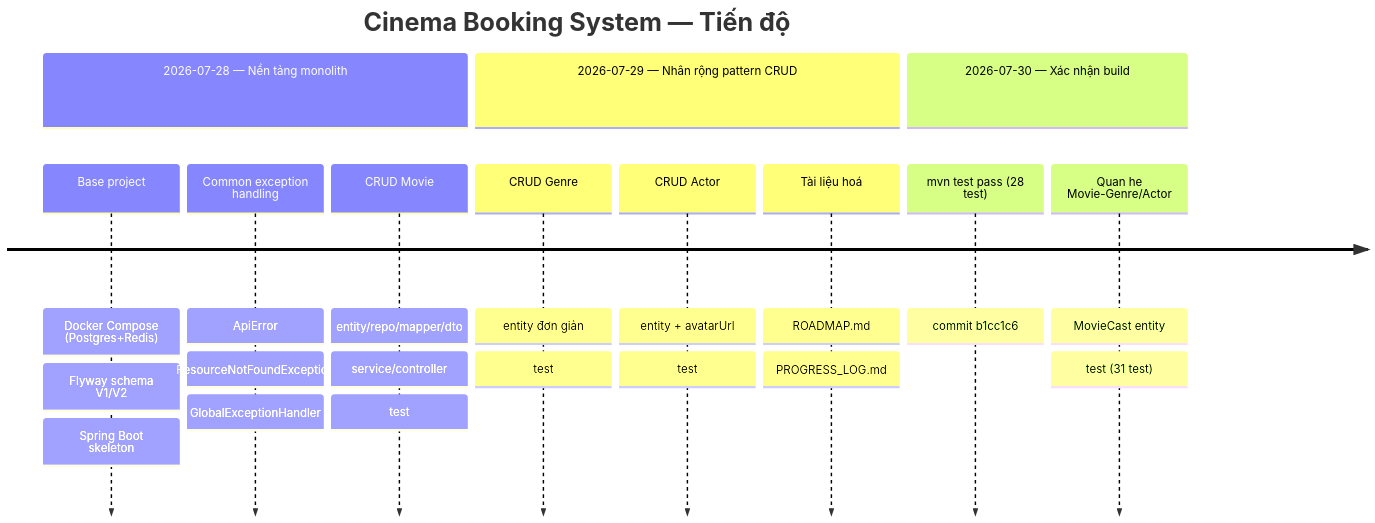
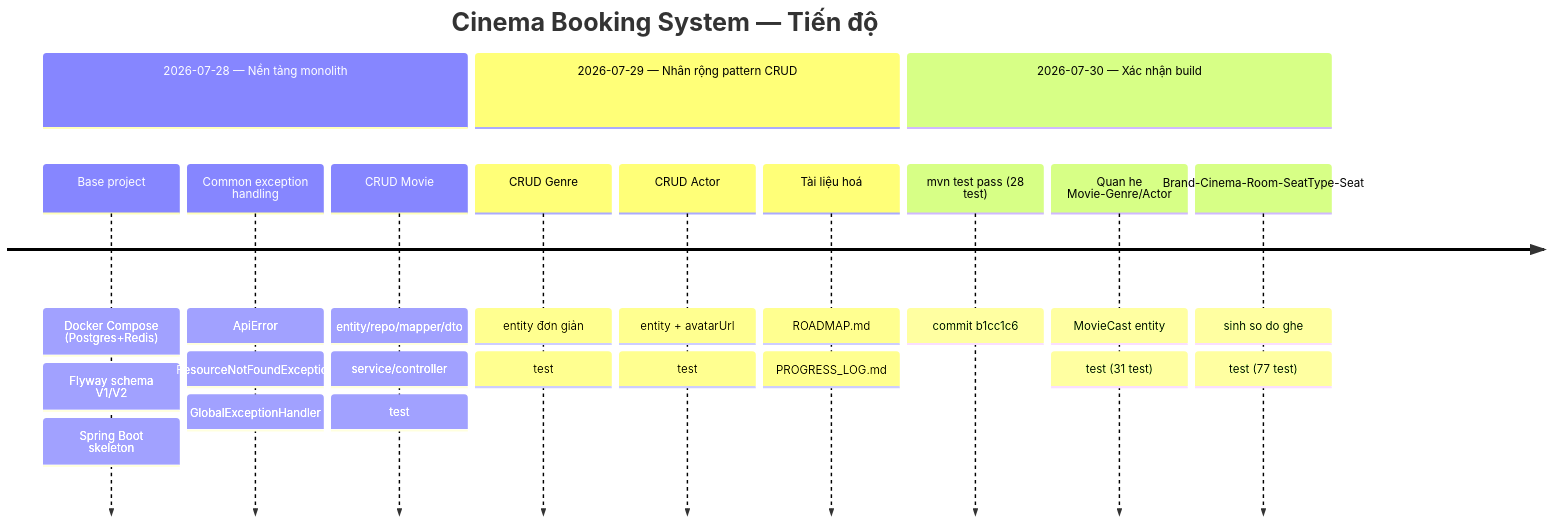
One commit to Stromlungdanh/cinema-booking-service changed the diagram in docs/PROGRESS_LOG.md. Above: the diagram before and after it, drawn with Mermaid. The commit also changed other lines of this file and 47 other files, not shown here.

First line of the commit message:
Add CRUD for Brand, Cinema, Room, SeatType, and seat layout generation

````diff
--- a/docs/PROGRESS_LOG.md
+++ b/docs/PROGRESS_LOG.md
@@ -15,15 +15,16 @@
 ```mermaid
 timeline
     title Cinema Booking System — Tiến độ
     section 2026-07-28 — Nền tảng monolith
         Base project : Docker Compose (Postgres+Redis) : Flyway schema V1/V2 : Spring Boot skeleton
         Common exception handling : ApiError : ResourceNotFoundException : GlobalExceptionHandler
         CRUD Movie : entity/repo/mapper/dto : service/controller : test
     section 2026-07-29 — Nhân rộng pattern CRUD
         CRUD Genre : entity đơn giản : test
         CRUD Actor : entity + avatarUrl : test
         Tài liệu hoá : ROADMAP.md : PROGRESS_LOG.md
     section 2026-07-30 — Xác nhận build
         mvn test pass (28 test) : commit b1cc1c6
         Quan he Movie-Genre/Actor : MovieCast entity : test (31 test)
+        Brand-Cinema-Room-SeatType-Seat : sinh so do ghe : test (77 test)
 ```
````
